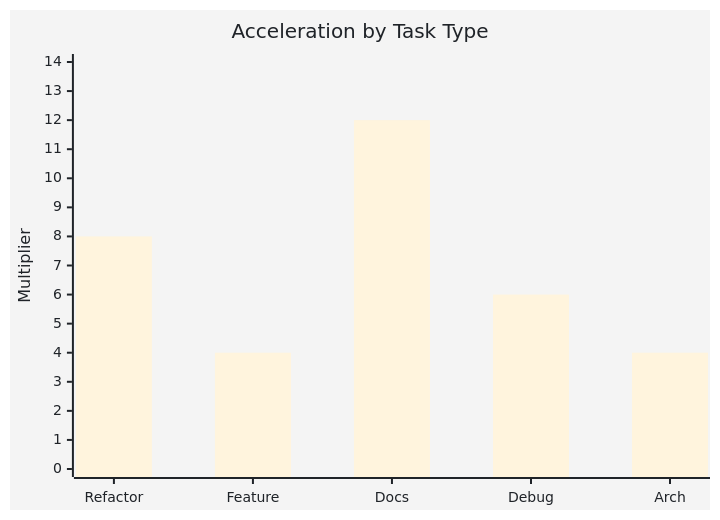
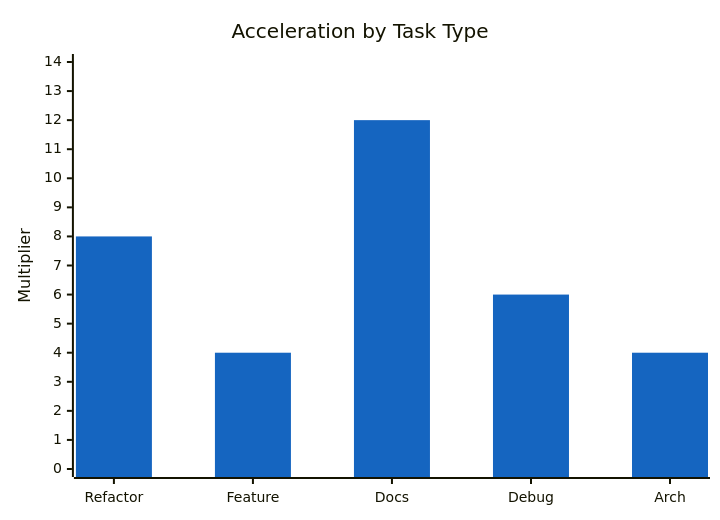
One commit to fabioc-aloha/Alex_Plug_In changed the fifth of 19 diagrams in alex_docs/AI-ASSISTED-DEVELOPMENT-METHODOLOGY.md. Above: the diagram before and after it, drawn with Mermaid.

Commit message:
style: add color palette to xychart bars
Uses Info Blue, Success Green, Special Purple, Warning Orange, Danger Red for the 5 task type bars

````diff
--- a/alex_docs/AI-ASSISTED-DEVELOPMENT-METHODOLOGY.md
+++ b/alex_docs/AI-ASSISTED-DEVELOPMENT-METHODOLOGY.md
@@ -351,8 +351,8 @@
 ```mermaid
-%%{init: {'theme': 'base', 'themeVariables': { 'primaryColor': '#e3f2fd', 'primaryTextColor': '#1f2328', 'primaryBorderColor': '#1565c0', 'lineColor': '#656d76'}}}%%
+%%{init: {'theme': 'base', 'themeVariables': { 'xyChart': {'plotColorPalette': '#1565c0, #2e7d32, #7b1fa2, #ef6c00, #c62828'}, 'primaryTextColor': '#1f2328'}}}%%
 xychart-beta
     title "Acceleration by Task Type"
     x-axis [Refactor, Feature, Docs, Debug, Arch]
     y-axis "Multiplier" 0 --> 14
     bar [8, 4, 12, 6, 4]
 ```
````
